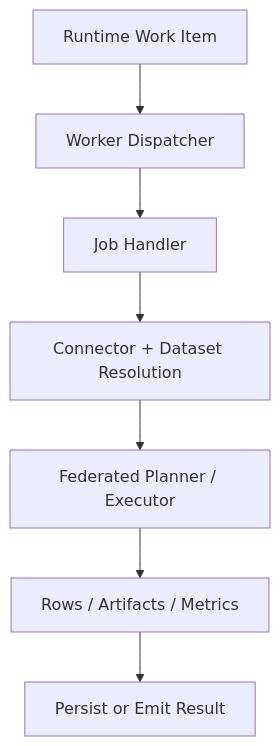
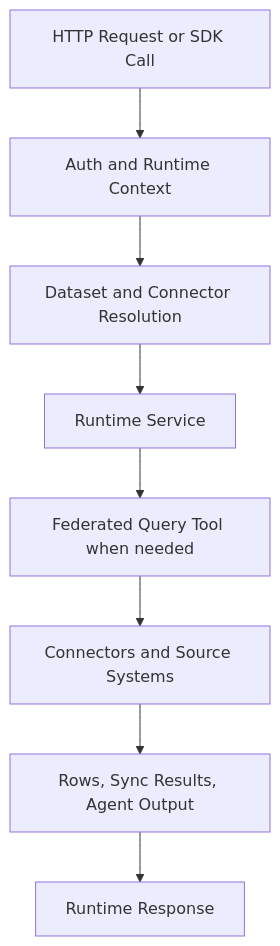
One commit to CallumWalterWhite/langbridge changed the diagram in docs/architecture/execution-plane.md. Above: the diagram before and after it, drawn with Mermaid. The commit also changed other lines of this file and 761 other files, not shown here.

````diff
--- a/docs/architecture/execution-plane.md
+++ b/docs/architecture/execution-plane.md
@@ -36,9 +44,10 @@
 ```mermaid
 flowchart TD
-    M[Runtime Work Item] --> D[Worker Dispatcher]
-    D --> H[Job Handler]
-    H --> C[Connector + Dataset Resolution]
-    C --> FQE[Federated Planner / Executor]
-    FQE --> OUT[Rows / Artifacts / Metrics]
-    OUT --> EVT[Persist or Emit Result]
+    R[HTTP Request or SDK Call] --> A[Auth and Runtime Context]
+    A --> D[Dataset and Connector Resolution]
+    D --> S[Runtime Service]
+    S --> F[Federated Query Tool when needed]
+    F --> C[Connectors and Source Systems]
+    C --> O[Rows, Sync Results, Agent Output]
+    O --> R2[Runtime Response]
 ```
````
